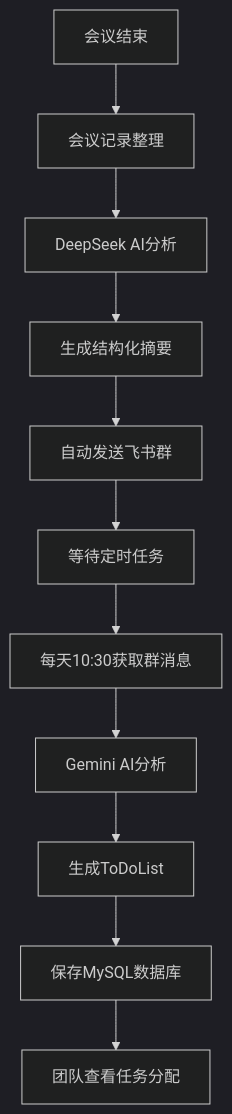
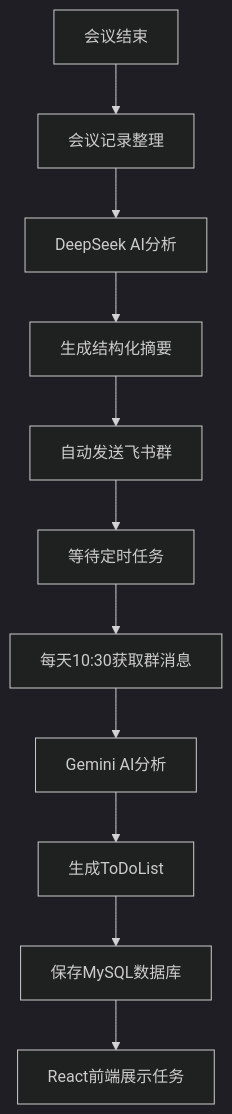
One commit to buildsense-ai/Feishu-TodoList changed the diagram in README.md. Above: the diagram before and after it, drawn with Mermaid (dark theme). The commit also changed other lines of this file, not shown here.

````diff
--- a/README.md
+++ b/README.md
@@ -25,13 +27,13 @@
 ```mermaid
 graph TB
     A[会议结束] --> B[会议记录整理]
     B --> C[DeepSeek AI分析]
     C --> D[生成结构化摘要]
     D --> E[自动发送飞书群]
     E --> F[等待定时任务]
     F --> G[每天10:30获取群消息]
     G --> H[Gemini AI分析]
     H --> I[生成ToDoList]
     I --> J[保存MySQL数据库]
-    J --> K[团队查看任务分配]
+    J --> K[React前端展示任务]
 ```
````
